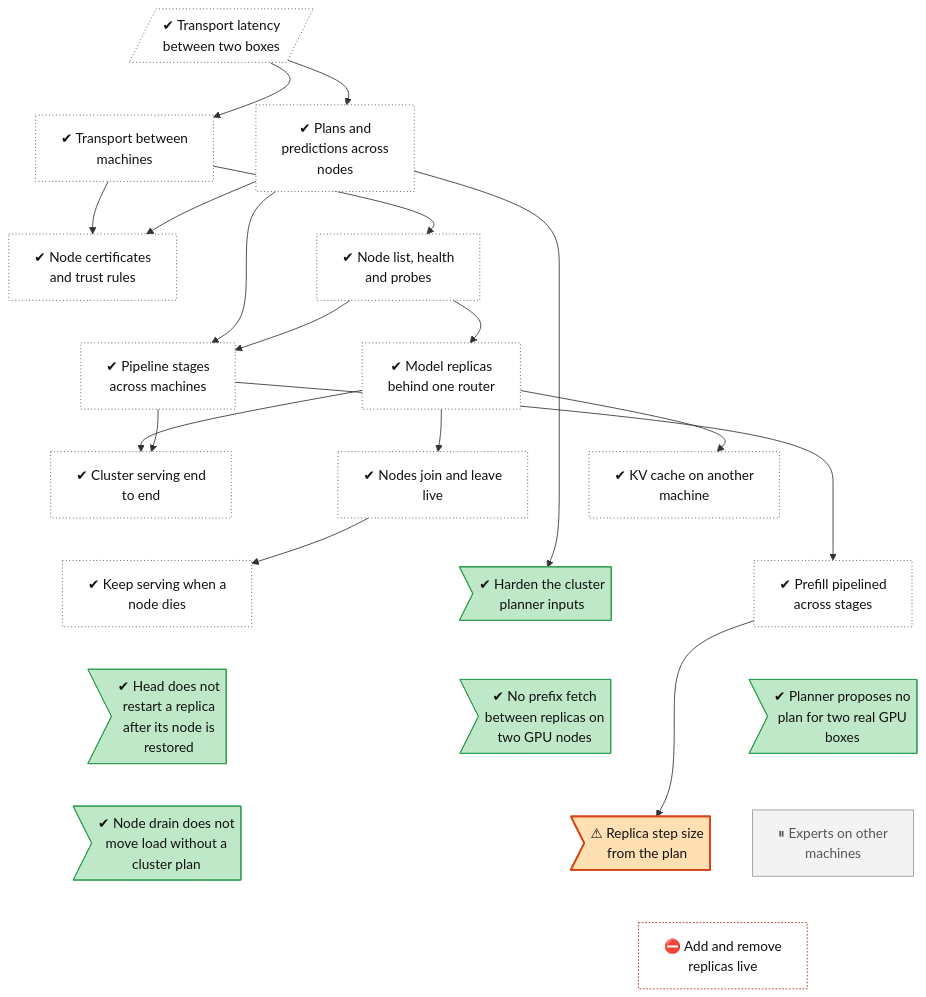
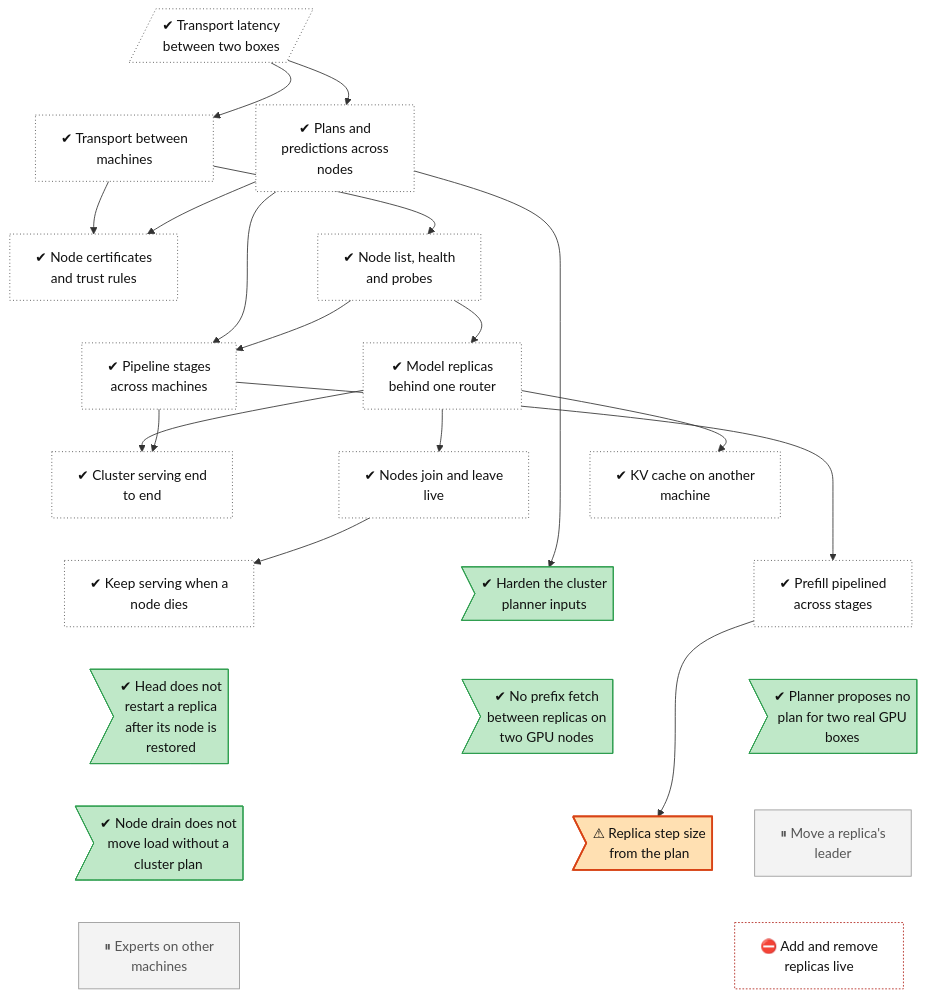
One commit to lhns/tetraeder changed the diagram in docs/roadmap/tracks/cluster.md. Above: the diagram before and after it, drawn with Mermaid. The commit also changed other lines of this file and 4 other files, not shown here.

Commit message:
ADR 0091: a leader move is a replacement (decided, parked behind the exit); tree node cluster-leader-move (not measured)

````diff
--- a/docs/roadmap/tracks/cluster.md
+++ b/docs/roadmap/tracks/cluster.md
@@ -10,79 +10,80 @@
 ```mermaid
 flowchart TB
     cluster_transport_wan[/"✔ Transport latency<br/>between two boxes"/]
     cluster_transport["✔ Transport between<br/>machines"]
     cluster_planner["✔ Plans and<br/>predictions across<br/>nodes"]
     cluster_mtls["✔ Node certificates<br/>and trust rules"]
     cluster_discovery["✔ Node list, health<br/>and probes"]
     cluster_pipeline_nodes["✔ Pipeline stages<br/>across machines"]
     cluster_replicas["✔ Model replicas<br/>behind one router"]
     cluster_integration["✔ Cluster serving end<br/>to end"]
     cluster_join_leave["✔ Nodes join and leave<br/>live"]
     cluster_remote_kv["✔ KV cache on another<br/>machine"]
     cluster_failover["✔ Keep serving when a<br/>node dies"]
     cluster_planner_hardening>"✔ Harden the cluster<br/>planner inputs"]
     cluster_pipeline_prefill["✔ Prefill pipelined<br/>across stages"]
     cluster_rejoin_after_restore>"✔ Head does not<br/>restart a replica<br/>after its node is<br/>restored"]
     cluster_prefix_fetch_not_triggered>"✔ No prefix fetch<br/>between replicas on<br/>two GPU nodes"]
     cluster_plan_source_gpu_segments>"✔ Planner proposes no<br/>plan for two real GPU<br/>boxes"]
     cluster_drain_without_plan>"✔ Node drain does not<br/>move load without a<br/>cluster plan"]
     cluster_step_tokens_from_plan>"⚠ Replica step size<br/>from the plan"]
+    cluster_leader_move["⏸ Move a replica's<br/>leader"]
     cluster_experts_nodes["⏸ Experts on other<br/>machines"]
     cluster_replica_scaling["⛔ Add and remove<br/>replicas live"]
     cluster_transport_wan ~~~ cluster_transport
     cluster_transport_wan ~~~ cluster_planner
     cluster_transport ~~~ cluster_mtls
     cluster_planner ~~~ cluster_discovery
     cluster_mtls ~~~ cluster_pipeline_nodes
     cluster_discovery ~~~ cluster_replicas
     cluster_pipeline_nodes ~~~ cluster_integration
     cluster_replicas ~~~ cluster_join_leave
     cluster_replicas ~~~ cluster_remote_kv
     cluster_integration ~~~ cluster_failover
     cluster_join_leave ~~~ cluster_planner_hardening
     cluster_remote_kv ~~~ cluster_pipeline_prefill
     cluster_failover ~~~ cluster_rejoin_after_restore
     cluster_planner_hardening ~~~ cluster_prefix_fetch_not_triggered
     cluster_pipeline_prefill ~~~ cluster_plan_source_gpu_segments
     cluster_rejoin_after_restore ~~~ cluster_drain_without_plan
     cluster_prefix_fetch_not_triggered ~~~ cluster_step_tokens_from_plan
-    cluster_plan_source_gpu_segments ~~~ cluster_experts_nodes
-    cluster_drain_without_plan ~~~ cluster_replica_scaling
+    cluster_plan_source_gpu_segments ~~~ cluster_leader_move
+    cluster_drain_without_plan ~~~ cluster_experts_nodes
     cluster_step_tokens_from_plan ~~~ cluster_replica_scaling
-    cluster_experts_nodes ~~~ cluster_replica_scaling
+    cluster_leader_move ~~~ cluster_replica_scaling
     cluster_transport_wan --> cluster_transport
     cluster_transport_wan --> cluster_planner
     cluster_transport --> cluster_mtls
     cluster_planner --> cluster_mtls
     cluster_transport --> cluster_discovery
     cluster_planner --> cluster_pipeline_nodes
     cluster_discovery --> cluster_pipeline_nodes
     cluster_discovery --> cluster_replicas
     cluster_replicas --> cluster_integration
     cluster_pipeline_nodes --> cluster_integration
     cluster_replicas --> cluster_join_leave
     cluster_replicas --> cluster_remote_kv
     cluster_join_leave --> cluster_failover
     cluster_planner --> cluster_planner_hardening
     cluster_pipeline_nodes --> cluster_pipeline_prefill
     cluster_pipeline_prefill --> cluster_step_tokens_from_plan
     classDef vsucc fill:#2e9e4f,stroke:#1b6b34,color:#fff
     classDef succ fill:#bfe8c8,stroke:#2e9e4f,color:#111
     classDef mixed fill:#ffd37a,stroke:#c98a00,color:#111
     classDef bad fill:#f28b82,stroke:#b3261e,color:#111
     classDef dead fill:#e6e6e6,stroke:#777,stroke-dasharray:5 5,color:#555
     classDef inprog fill:#a8cdf5,stroke:#1f6fc5,color:#111
     classDef next fill:#fff,stroke:#333,color:#111
     classDef blocked fill:#fff,stroke:#b3261e,stroke-dasharray:2 2,color:#111
     classDef parked fill:#f3f3f3,stroke:#999,color:#555
     classDef unrated fill:#fff,stroke:#333,stroke-dasharray:1 3,color:#111
     classDef gate fill:#d9c2f0,stroke:#7b3fb5,color:#111
     classDef decided fill:#ece0f7,stroke:#7b3fb5,stroke-dasharray:2 2,color:#111
     classDef finding fill:#ffe0b2,stroke:#d84315,stroke-width:2px,color:#111
     classDef waiting fill:#e3f2fd,stroke:#1f6fc5,stroke-dasharray:5 5,color:#111
     class cluster_transport_wan,cluster_transport,cluster_planner,cluster_mtls,cluster_discovery,cluster_pipeline_nodes,cluster_replicas,cluster_integration,cluster_join_leave,cluster_remote_kv,cluster_failover,cluster_pipeline_prefill unrated
     class cluster_planner_hardening,cluster_rejoin_after_restore,cluster_prefix_fetch_not_triggered,cluster_plan_source_gpu_segments,cluster_drain_without_plan succ
     class cluster_step_tokens_from_plan finding
-    class cluster_experts_nodes parked
+    class cluster_leader_move,cluster_experts_nodes parked
     class cluster_replica_scaling blocked
 ```
````
